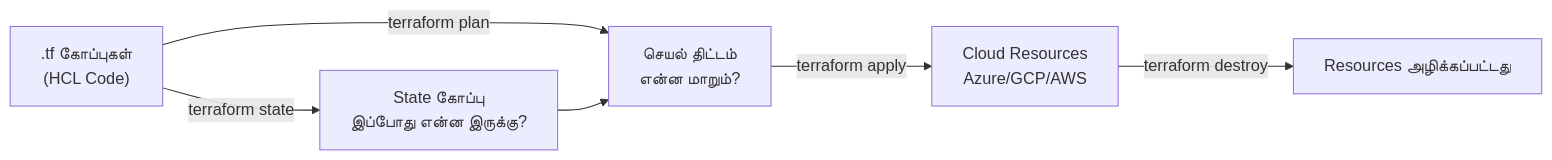
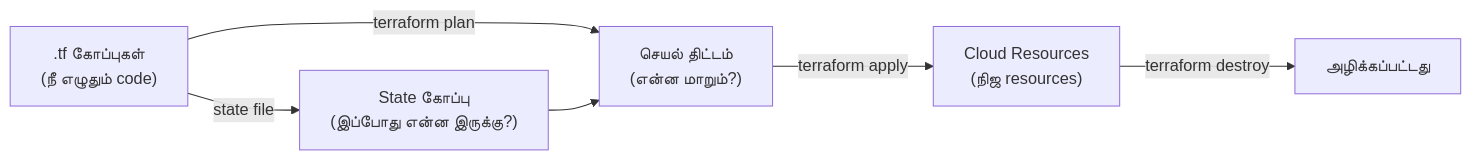
The diagram in terraform/module_01_fundamentals.md (sanjaiAI/learning), drawn with Mermaid before and after one commit. The commit also changed other lines of this file and 3 other files, not shown here.

````diff
--- a/terraform/module_01_fundamentals.md
+++ b/terraform/module_01_fundamentals.md
@@ -175,8 +160,8 @@
 ```mermaid
 graph LR
-    CODE[".tf கோப்புகள்<br/>(HCL Code)"] -->|terraform plan| PLAN["செயல் திட்டம்<br/>என்ன மாறும்?"]
-    PLAN -->|terraform apply| CLOUD["Cloud Resources<br/>Azure/GCP/AWS"]
-    CLOUD -->|terraform destroy| GONE["Resources அழிக்கப்பட்டது"]
-    CODE -->|terraform state| STATE["State கோப்பு<br/>இப்போது என்ன இருக்கு?"]
+    CODE[".tf கோப்புகள்<br/>(நீ எழுதும் code)"] -->|terraform plan| PLAN["செயல் திட்டம்<br/>(என்ன மாறும்?)"]
+    PLAN -->|terraform apply| CLOUD["Cloud Resources<br/>(நிஜ resources)"]
+    CLOUD -->|terraform destroy| GONE["அழிக்கப்பட்டது"]
+    CODE -->|state file| STATE["State கோப்பு<br/>(இப்போது என்ன இருக்கு?)"]
     STATE --> PLAN
 ```
````
